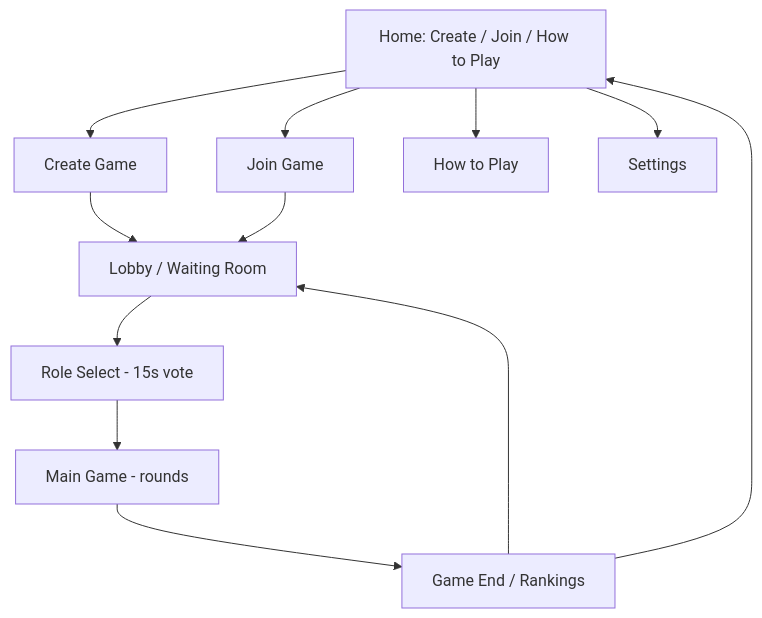
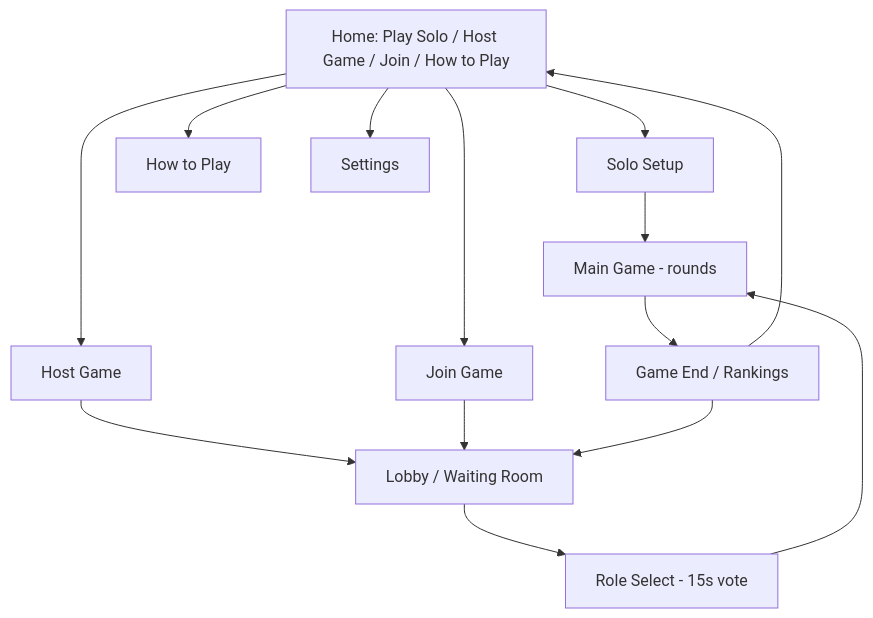
Before and after one commit to AshutoshAgarwal01/mastermind: the diagram in docs/ux-layout.md, drawn with Mermaid. The commit also changed other lines of this file and 10 other files, not shown here.

Commit message:
Simplified screen flow

````diff
--- a/docs/ux-layout.md
+++ b/docs/ux-layout.md
@@ -24,14 +24,16 @@
 ```mermaid
 flowchart TD
-    Home[Home: Create / Join / How to Play] --> Create[Create Game]
+    Home[Home: Play Solo / Host Game / Join / How to Play] --> Solo[Solo Setup]
+    Home --> Create[Host Game]
     Home --> Join[Join Game]
     Home --> HowTo[How to Play]
     Home --> Settings[Settings]
+    Solo --> MainGame[Main Game - rounds]
     Create --> Lobby[Lobby / Waiting Room]
     Join --> Lobby
     Lobby --> RoleSelect[Role Select - 15s vote]
-    RoleSelect --> MainGame[Main Game - rounds]
+    RoleSelect --> MainGame
     MainGame --> GameEnd[Game End / Rankings]
     GameEnd --> Lobby
     GameEnd --> Home
 ```
````
